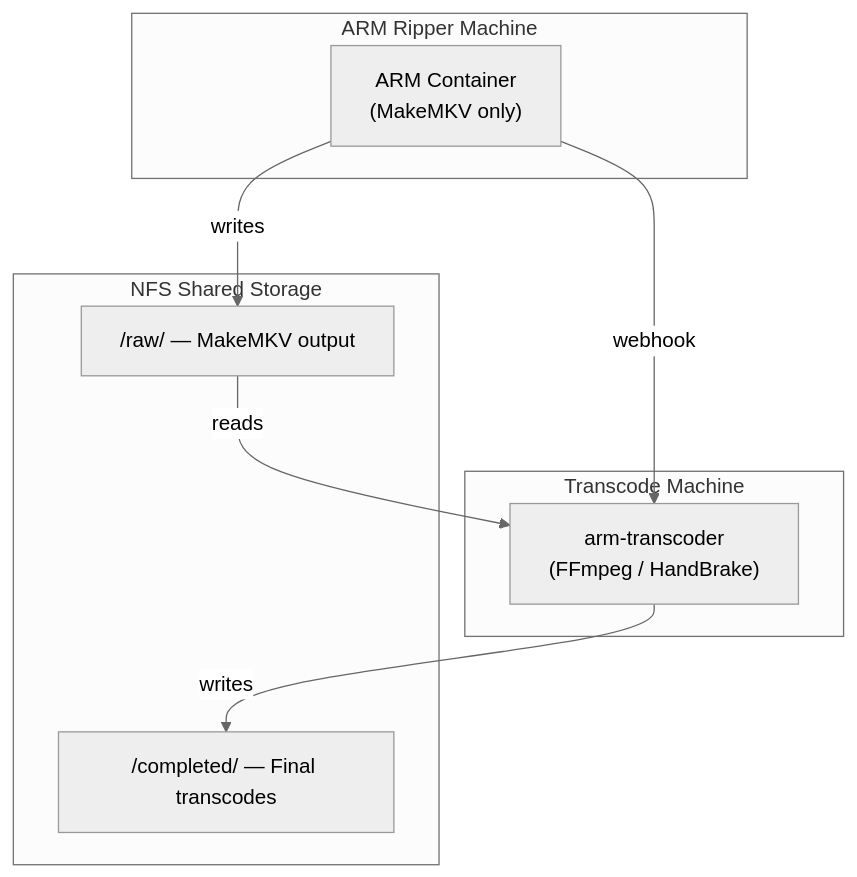
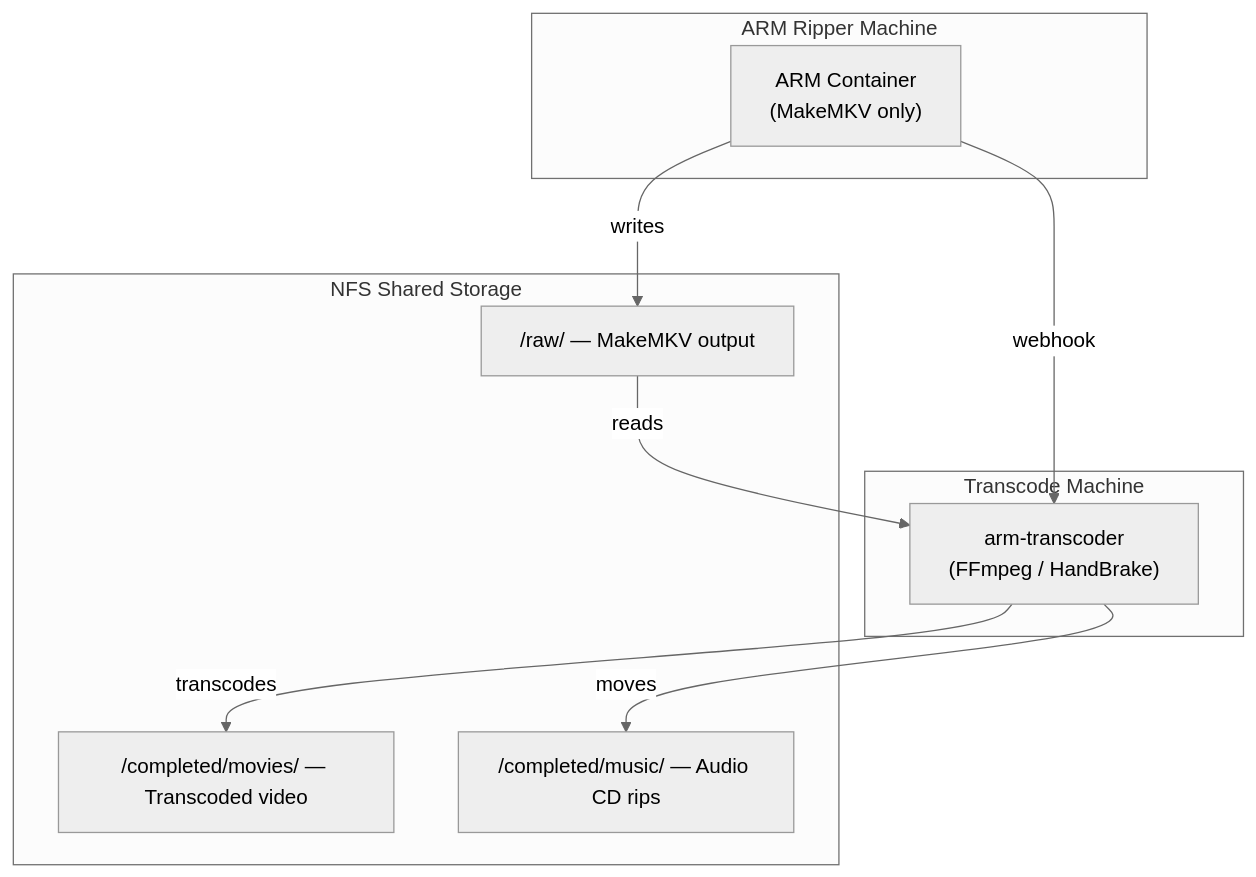
One commit to uprightbass360/automatic-ripping-machine-transcoder changed the diagram in README.md. Above: the diagram before and after it, drawn with Mermaid (neutral theme). The commit also changed other lines of this file, not shown here.

First line of the commit message:
docs: Update README with audio CD passthrough feature

````diff
--- a/README.md
+++ b/README.md
@@ -38,20 +38,22 @@
 ```mermaid
 flowchart TB
     subgraph ripper["ARM Ripper Machine"]
         ARM["ARM Container<br/>(MakeMKV only)"]
     end
 
     subgraph transcoder["Transcode Machine"]
         TC["arm-transcoder<br/>(FFmpeg / HandBrake)"]
     end
 
     subgraph nfs["NFS Shared Storage"]
         RAW["/raw/ — MakeMKV output"]
-        DONE["/completed/ — Final transcodes"]
+        DONE["/completed/movies/ — Transcoded video"]
+        MUSIC["/completed/music/ — Audio CD rips"]
     end
 
     ARM -- "webhook" --> TC
     ARM -- "writes" --> RAW
     RAW -- "reads" --> TC
-    TC -- "writes" --> DONE
+    TC -- "transcodes" --> DONE
+    TC -- "moves" --> MUSIC
 ```
````
